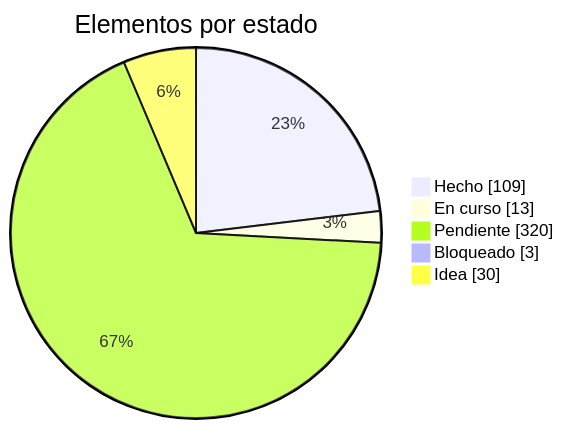
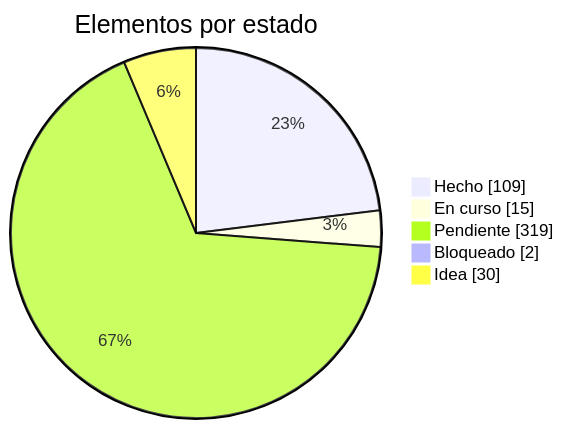
One commit to dariogea/BM27 changed the first of 2 diagrams in docs/roadmap.md. Above: the diagram before and after it, drawn with Mermaid. The commit also changed other lines of this file and 12 other files, not shown here.

````diff
--- a/docs/roadmap.md
+++ b/docs/roadmap.md
@@ -13,8 +13,8 @@
 ```mermaid
 pie showData title Elementos por estado
   "Hecho" : 109
-  "En curso" : 13
-  "Pendiente" : 320
-  "Bloqueado" : 3
+  "En curso" : 15
+  "Pendiente" : 319
+  "Bloqueado" : 2
   "Idea" : 30
 ```
````
